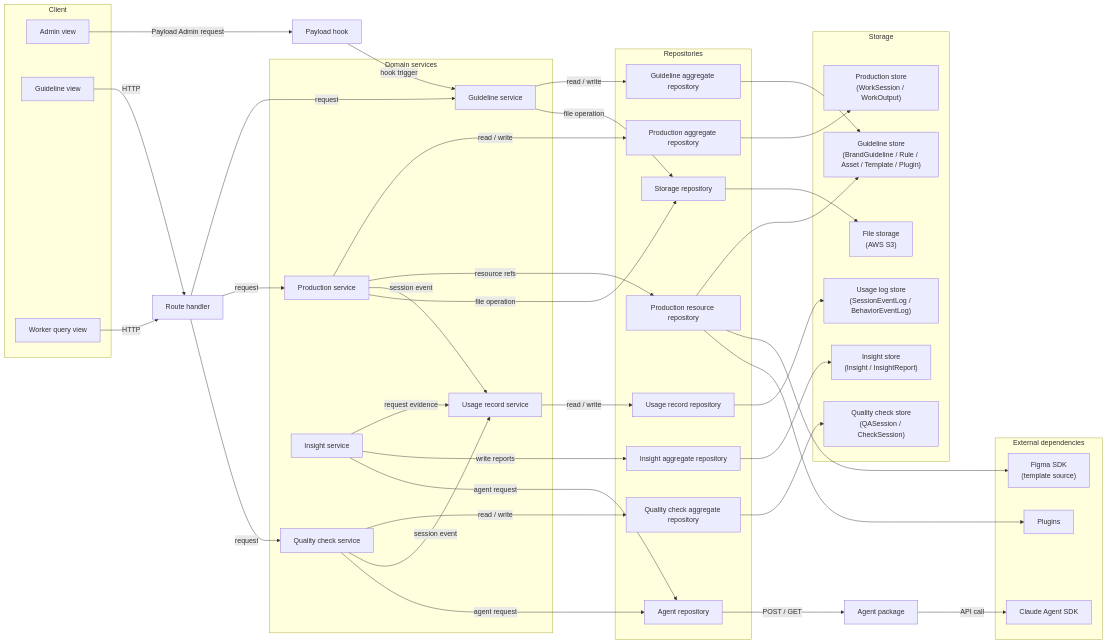
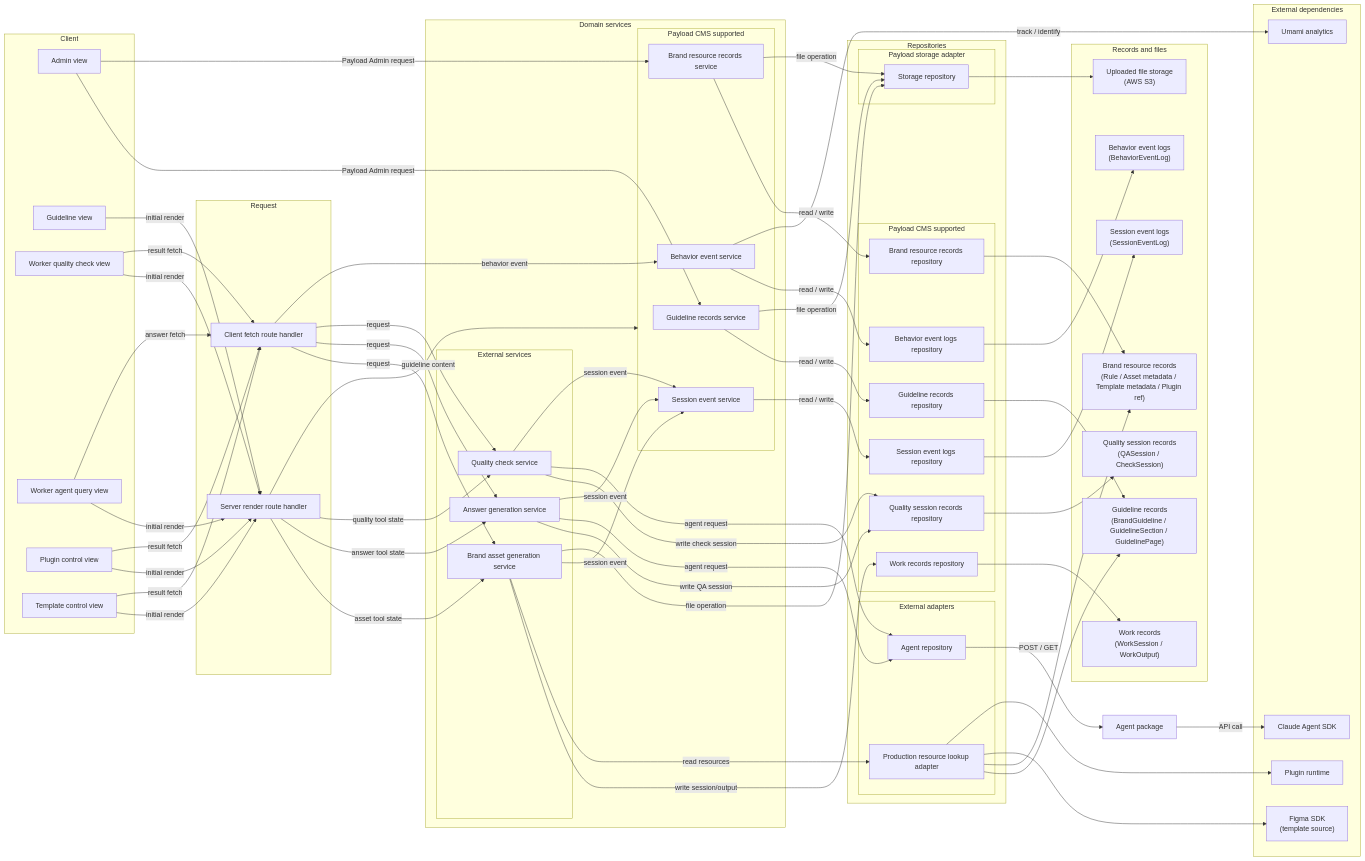
One commit to ewoooo/living-brand-system changed the first of 5 diagrams in docs/05-system-architecture.md. Above: the diagram before and after it, drawn with Mermaid. The commit also changed other lines of this file and 6 other files, not shown here.

Commit message:
docs: update domain architecture records

````diff
--- a/docs/05-system-architecture.md
+++ b/docs/05-system-architecture.md
@@ -61,81 +61,121 @@
   subgraph Client["Client"]
     AdminUI["Admin view"]
     GuidelineUI["Guideline view"]
-    QueryUI["Worker query view"]
+    QualityCheckUI["Worker quality check view"]
+    AgentQueryUI["Worker agent query view"]
+    PluginControlUI["Plugin control view"]
+    TemplateControlUI["Template control view"]
   end
 
-  RouteHandler["Route handler"]
-  PayloadHook["Payload hook"]
+  subgraph Request["Request"]
+    ServerRenderRouteHandler["Server render route handler"]
+    ClientFetchRouteHandler["Client fetch route handler"]
+  end
 
   subgraph Services["Domain services"]
-    GuidelineModule["Guideline service"]
-    ProductionModule["Production service"]
-    QualityModule["Quality check service"]
-    UsageModule["Usage record service"]
-    InsightModule["Insight service"]
+    subgraph PayloadSupported["Payload CMS supported"]
+      GuidelineContentModule["Guideline records service"]
+      BrandResourceModule["Brand resource records service"]
+      SessionEventModule["Session event service"]
+      BehaviorEventModule["Behavior event service"]
+    end
+
+    subgraph ExternalServices["External services"]
+      BrandAssetGenerationModule["Brand asset generation service"]
+      AnswerGenerationModule["Answer generation service"]
+      QualityModule["Quality check service"]
+    end
   end
 
   subgraph Repositories["Repositories"]
-    GuidelineRepository["Guideline aggregate repository"]
-    ProductionRepository["Production aggregate repository"]
-    QualityRepository["Quality check aggregate repository"]
-    UsageRepository["Usage record repository"]
-    InsightRepository["Insight aggregate repository"]
-    ProductionResourceRepository["Production resource repository"]
-    StorageRepository["Storage repository"]
-    AgentRepository["Agent repository"]
+    subgraph PayloadRepositories["Payload CMS supported"]
+      GuidelineRepository["Guideline records repository"]
+      BrandResourceRepository["Brand resource records repository"]
+      ProductionRepository["Work records repository"]
+      QualityRepository["Quality session records repository"]
+      SessionEventRepository["Session event logs repository"]
+      BehaviorEventRepository["Behavior event logs repository"]
+    end
+
+    subgraph PayloadStorageAdapter["Payload storage adapter"]
+      StorageRepository["Storage repository"]
+    end
+
+    subgraph ExternalAdapters["External adapters"]
+      ProductionResourceRepository["Production resource lookup adapter"]
+      AgentRepository["Agent repository"]
+    end
   end
 
   AgentPackage["Agent package"]
 
-  subgraph Storage["Storage"]
-    GuidelineStore["Guideline store<br/>(BrandGuideline / Rule / Asset / Template / Plugin)"]
-    ProductionStore["Production store<br/>(WorkSession / WorkOutput)"]
-    QualityStore["Quality check store<br/>(QASession / CheckSession)"]
-    UsageStore["Usage log store<br/>(SessionEventLog / BehaviorEventLog)"]
-    InsightStore["Insight store<br/>(Insight / InsightReport)"]
-    FileStorage["File storage<br/>(AWS S3)"]
+  subgraph Storage["Records and files"]
+    GuidelineStore["Guideline records<br/>(BrandGuideline / GuidelineSection / GuidelinePage)"]
+    BrandResourceStore["Brand resource records<br/>(Rule / Asset metadata / Template metadata / Plugin ref)"]
+    ProductionStore["Work records<br/>(WorkSession / WorkOutput)"]
+    QualityStore["Quality session records<br/>(QASession / CheckSession)"]
+    SessionEventStore["Session event logs<br/>(SessionEventLog)"]
+    BehaviorEventStore["Behavior event logs<br/>(BehaviorEventLog)"]
+    FileStorage["Uploaded file storage<br/>(AWS S3)"]
   end
 
   subgraph External["External dependencies"]
     FigmaSDK["Figma SDK<br/>(template source)"]
     AgentSDK["Claude Agent SDK"]
-    PluginStorage["Plugins"]
+    PluginStorage["Plugin runtime"]
+    UmamiAnalytics["Umami analytics"]
   end
 
-  GuidelineUI -->|"HTTP"| RouteHandler
-  QueryUI -->|"HTTP"| RouteHandler
-  AdminUI -->|"Payload Admin request"| PayloadHook
+  AdminUI -->|"Payload Admin request"| GuidelineContentModule
+  AdminUI -->|"Payload Admin request"| BrandResourceModule
 
-  RouteHandler -->|"request"| GuidelineModule
-  RouteHandler -->|"request"| ProductionModule
-  RouteHandler -->|"request"| QualityModule
-  PayloadHook -->|"hook trigger"| GuidelineModule
+  GuidelineUI -->|"initial render"| ServerRenderRouteHandler
+  QualityCheckUI -->|"initial render"| ServerRenderRouteHandler
+  AgentQueryUI -->|"initial render"| ServerRenderRouteHandler
+  PluginControlUI -->|"initial render"| ServerRenderRouteHandler
+  TemplateControlUI -->|"initial render"| ServerRenderRouteHandler
+  QualityCheckUI -->|"result fetch"| ClientFetchRouteHandler
+  AgentQueryUI -->|"answer fetch"| ClientFetchRouteHandler
+  PluginControlUI -->|"result fetch"| ClientFetchRouteHandler
+  TemplateControlUI -->|"result fetch"| ClientFetchRouteHandler
+  ServerRenderRouteHandler -->|"guideline content"| PayloadSupported
+  ServerRenderRouteHandler -->|"asset tool state"| BrandAssetGenerationModule
+  ServerRenderRouteHandler -->|"answer tool state"| AnswerGenerationModule
+  ServerRenderRouteHandler -->|"quality tool state"| QualityModule
+  ClientFetchRouteHandler -->|"request"| BrandAssetGenerationModule
+  ClientFetchRouteHandler -->|"request"| AnswerGenerationModule
+  ClientFetchRouteHandler -->|"request"| QualityModule
+  GuidelineContentModule -->|"read / write"| GuidelineRepository
+  BrandResourceModule -->|"read / write"| BrandResourceRepository
+  BrandAssetGenerationModule -->|"write session/output"| ProductionRepository
+  BrandAssetGenerationModule -->|"read resources"| ProductionResourceRepository
+  AnswerGenerationModule -->|"write QA session"| QualityRepository
+  AnswerGenerationModule -->|"agent request"| AgentRepository
+  QualityModule -->|"write check session"| QualityRepository
+  QualityModule -->|"agent request"| AgentRepository
+  SessionEventModule -->|"read / write"| SessionEventRepository
+  BehaviorEventModule -->|"read / write"| BehaviorEventRepository
+  BrandAssetGenerationModule -->|"session event"| SessionEventModule
+  AnswerGenerationModule -->|"session event"| SessionEventModule
+  QualityModule -->|"session event"| SessionEventModule
+  ClientFetchRouteHandler -->|"behavior event"| BehaviorEventModule
+  BehaviorEventModule -->|"track / identify"| UmamiAnalytics
+  GuidelineContentModule -->|"file operation"| StorageRepository
+  BrandResourceModule -->|"file operation"| StorageRepository
+  BrandAssetGenerationModule -->|"file operation"| StorageRepository
 
-  GuidelineModule -->|"read / write"| GuidelineRepository
-  ProductionModule -->|"read / write"| ProductionRepository
-  ProductionModule -->|"resource refs"| ProductionResourceRepository
-  QualityModule -->|"read / write"| QualityRepository
-  UsageModule -->|"read / write"| UsageRepository
-  ProductionModule -->|"session event"| UsageModule
-  QualityModule -->|"session event"| UsageModule
-  InsightModule -->|"request evidence"| UsageModule
-  InsightModule -->|"write reports"| InsightRepository
-  GuidelineModule -->|"file operation"| StorageRepository
-  ProductionModule -->|"file operation"| StorageRepository
-
-  QualityModule -->|"agent request"| AgentRepository
-  InsightModule -->|"agent request"| AgentRepository
   AgentRepository -->|"POST / GET"| AgentPackage
   AgentPackage -->|"API call"| AgentSDK
 
   ProductionResourceRepository --> GuidelineStore
+  ProductionResourceRepository --> BrandResourceStore
   ProductionResourceRepository --> FigmaSDK
   ProductionResourceRepository --> PluginStorage
   GuidelineRepository --> GuidelineStore
+  BrandResourceRepository --> BrandResourceStore
   ProductionRepository --> ProductionStore
   QualityRepository --> QualityStore
-  UsageRepository --> UsageStore
-  InsightRepository --> InsightStore
+  SessionEventRepository --> SessionEventStore
+  BehaviorEventRepository --> BehaviorEventStore
   StorageRepository --> FileStorage
 ```
````
